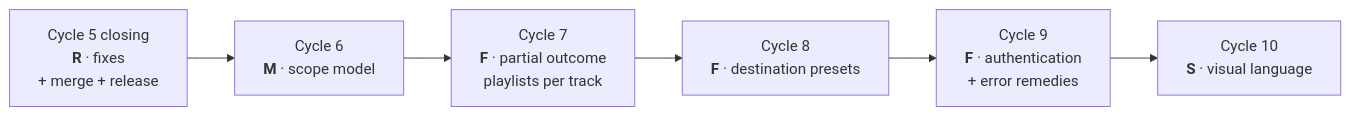
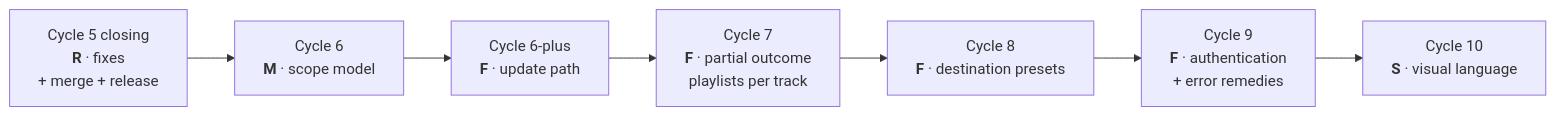
One commit to alergyonthestage/ytdl changed the fourth of 4 diagrams in docs/roadmap.md. Above: the diagram before and after it, drawn with Mermaid. The commit also changed other lines of this file and 1 other file, not shown here.

````diff
--- a/docs/roadmap.md
+++ b/docs/roadmap.md
@@ -632,8 +632,9 @@
 ```mermaid
 flowchart LR
   R["Cycle 5 closing<br/><b>R</b> · fixes<br/>+ merge + release"] --> M["Cycle 6<br/><b>M</b> · scope model"]
-  M --> F1["Cycle 7<br/><b>F</b> · partial outcome<br/>playlists per track"]
+  M --> U["Cycle 6-plus<br/><b>F</b> · update path"]
+  U --> F1["Cycle 7<br/><b>F</b> · partial outcome<br/>playlists per track"]
   F1 --> F2["Cycle 8<br/><b>F</b> · destination presets"]
   F2 --> F3["Cycle 9<br/><b>F</b> · authentication<br/>+ error remedies"]
   F3 --> S["Cycle 10<br/><b>S</b> · visual language"]
 ```
````
